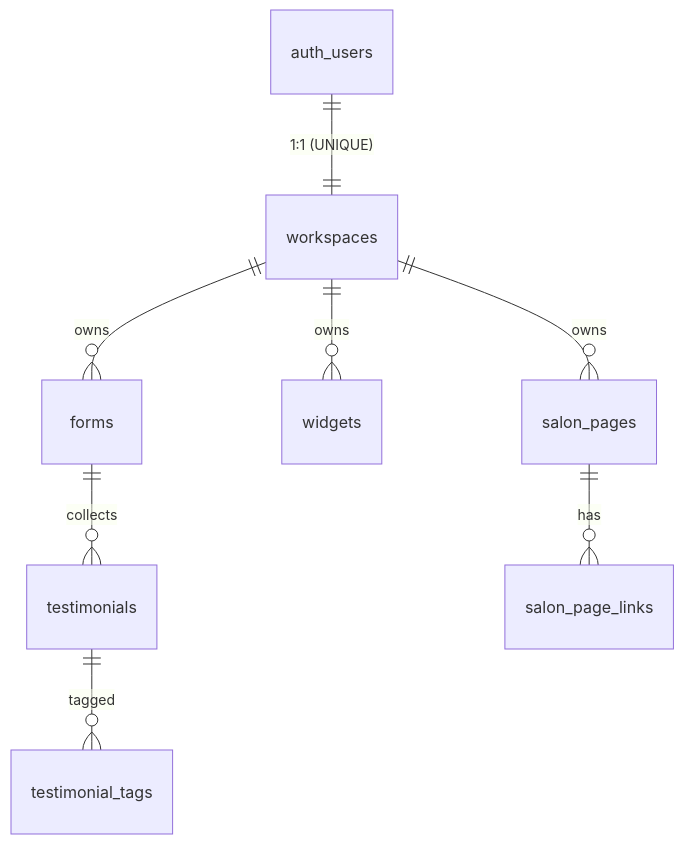
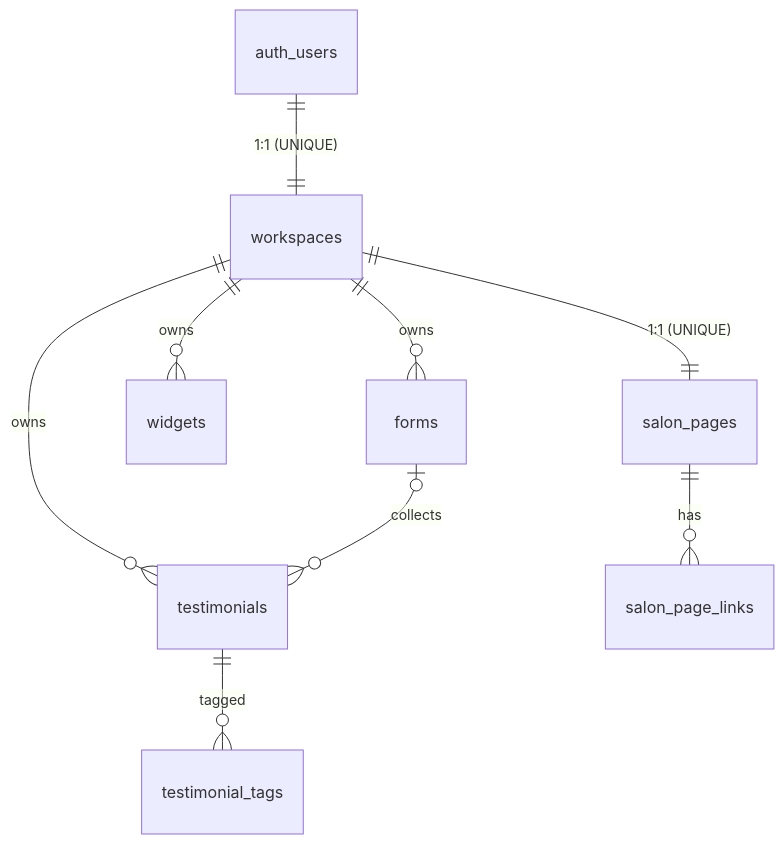
Before and after one commit to forRR444/voice-hub: the diagram in README.md, drawn with Mermaid.

Commit message:
docs(readme): ER 図を実スキーマに合わせて修正
salon_pages を 1:1 (UNIQUE) に訂正、workspaces から testimonials への直接 FK を追加、forms から testimonials の cardinality を 0..1 に変更。

````diff
--- a/README.md
+++ b/README.md
@@ -99,10 +99,11 @@
 ```mermaid
 erDiagram
     auth_users ||--|| workspaces : "1:1 (UNIQUE)"
     workspaces ||--o{ forms : owns
     workspaces ||--o{ widgets : owns
-    workspaces ||--o{ salon_pages : owns
-    forms ||--o{ testimonials : collects
+    workspaces ||--|| salon_pages : "1:1 (UNIQUE)"
+    workspaces ||--o{ testimonials : owns
+    forms |o--o{ testimonials : collects
     testimonials ||--o{ testimonial_tags : tagged
     salon_pages ||--o{ salon_page_links : has
 ```
````
